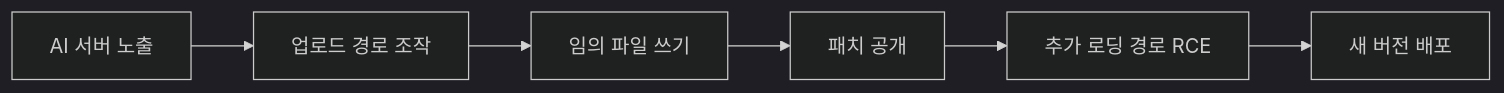
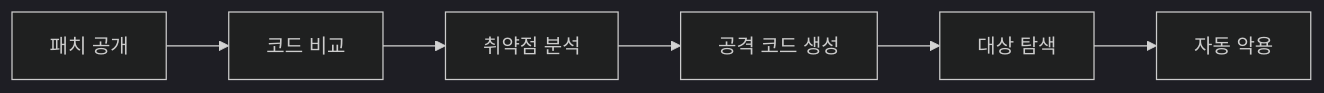
Before and after one commit to CoCo-1223/ai-security-brief-src: the second of 2 diagrams in src/content/posts/brief-2026-11-26.md, drawn with Mermaid (dark theme). The commit also changed other lines of this file and 1 other file, not shown here.

````diff
--- a/src/content/posts/brief-2026-11-26.md
+++ b/src/content/posts/brief-2026-11-26.md
@@ -72,4 +87,4 @@
 ```mermaid
 flowchart LR
-  A["AI 서버 노출"] --> B["업로드 경로 조작"] --> C["임의 파일 쓰기"] --> D["패치 공개"] --> E["추가 로딩 경로 RCE"] --> F["새 버전 배포"]
+  A["패치 공개"] --> B["코드 비교"] --> C["취약점 분석"] --> D["공격 코드 생성"] --> E["대상 탐색"] --> F["자동 악용"]
 ```
````
